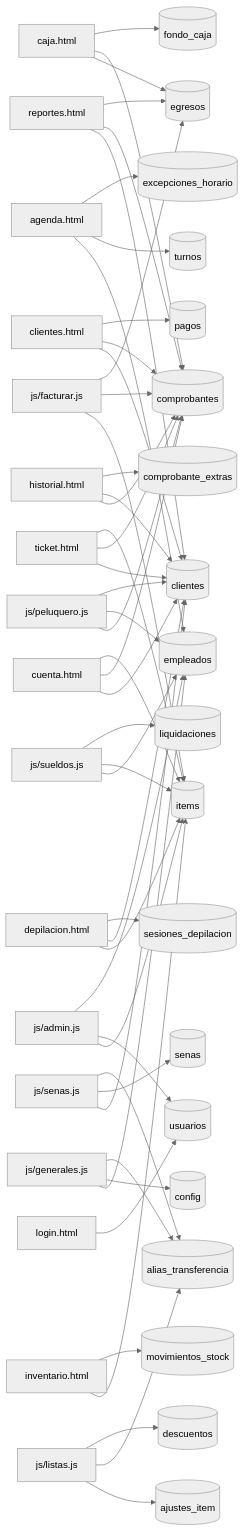
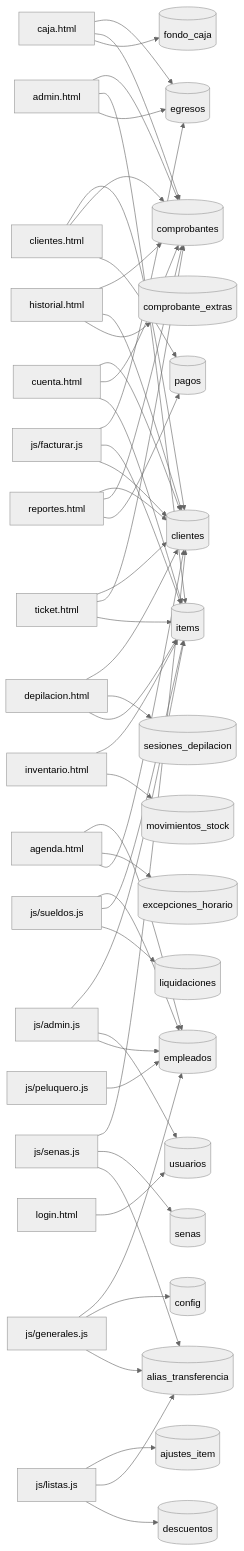
The second of 2 diagrams in ARQUITECTURA.md (nicovazzoler/salon_ivana), drawn with Mermaid (neutral theme) before and after one commit. The commit also changed other lines of this file and 1 other file, not shown here.

````diff
--- a/ARQUITECTURA.md
+++ b/ARQUITECTURA.md
@@ -28,21 +28,25 @@
 ```mermaid
 graph LR
+  Padminhtml["admin.html"]
+  Tcomprobantes[("comprobantes")]
+  Padminhtml --> Tcomprobantes
+  Titems[("items")]
+  Padminhtml --> Titems
+  Tegresos[("egresos")]
+  Padminhtml --> Tegresos
   Pagendahtml["agenda.html"]
   Templeados[("empleados")]
   Pagendahtml --> Templeados
-  Tturnos[("turnos")]
-  Pagendahtml --> Tturnos
   Texcepcionesh[("excepciones_horario")]
   Pagendahtml --> Texcepcionesh
+  Tclientes[("clientes")]
+  Pagendahtml --> Tclientes
   Pcajahtml["caja.html"]
-  Tegresos[("egresos")]
   Pcajahtml --> Tegresos
-  Tcomprobantes[("comprobantes")]
   Pcajahtml --> Tcomprobantes
   Tfondocaja[("fondo_caja")]
   Pcajahtml --> Tfondocaja
   Pclienteshtml["clientes.html"]
-  Tclientes[("clientes")]
   Pclienteshtml --> Tclientes
   Pclienteshtml --> Tcomprobantes
   Tpagos[("pagos")]
@@ -50,47 +54,44 @@
   Pcuentahtml["cuenta.html"]
   Pcuentahtml --> Tclientes
   Pcuentahtml --> Tcomprobantes
-  Titems[("items")]
   Pcuentahtml --> Titems
-  Pdepilacionht["depilacion.html"]
-  Pdepilacionht --> Titems
-  Pdepilacionht --> Tclientes
+  Pdepilacionhtml["depilacion.html"]
+  Pdepilacionhtml --> Tclientes
   Tsesionesdepi[("sesiones_depilacion")]
-  Pdepilacionht --> Tsesionesdepi
-  Phistorialhtm["historial.html"]
-  Phistorialhtm --> Tcomprobantes
-  Phistorialhtm --> Tclientes
+  Pdepilacionhtml --> Tsesionesdepi
+  Pdepilacionhtml --> Titems
+  Phistorialhtml["historial.html"]
+  Phistorialhtml --> Tcomprobantes
+  Phistorialhtml --> Tclientes
   Tcomprobantee[("comprobante_extras")]
-  Phistorialhtm --> Tcomprobantee
-  Pinventarioht["inventario.html"]
-  Pinventarioht --> Titems
+  Phistorialhtml --> Tcomprobantee
+  Pinventariohtml["inventario.html"]
+  Pinventariohtml --> Titems
   Tmovimientoss[("movimientos_stock")]
-  Pinventarioht --> Tmovimientoss
+  Pinventariohtml --> Tmovimientoss
   Pjsadminjs["js/admin.js"]
   Pjsadminjs --> Titems
   Tusuarios[("usuarios")]
   Pjsadminjs --> Tusuarios
   Pjsadminjs --> Templeados
   Pjsfacturarjs["js/facturar.js"]
+  Pjsfacturarjs --> Tegresos
   Pjsfacturarjs --> Titems
-  Pjsfacturarjs --> Tcomprobantes
-  Pjsfacturarjs --> Tegresos
-  Pjsgeneralesj["js/generales.js"]
-  Pjsgeneralesj --> Templeados
+  Pjsfacturarjs --> Tclientes
+  Pjsgeneralesjs["js/generales.js"]
+  Pjsgeneralesjs --> Templeados
   Tconfig[("config")]
-  Pjsgeneralesj --> Tconfig
+  Pjsgeneralesjs --> Tconfig
   Taliastransfe[("alias_transferencia")]
-  Pjsgeneralesj --> Taliastransfe
+  Pjsgeneralesjs --> Taliastransfe
   Pjslistasjs["js/listas.js"]
   Tajustesitem[("ajustes_item")]
   Pjslistasjs --> Tajustesitem
   Pjslistasjs --> Taliastransfe
   Tdescuentos[("descuentos")]
   Pjslistasjs --> Tdescuentos
-  Pjspeluqueroj["js/peluquero.js"]
-  Pjspeluqueroj --> Tcomprobantes
-  Pjspeluqueroj --> Templeados
-  Pjspeluqueroj --> Tclientes
+  Pjspeluquerojs["js/peluquero.js"]
+  Pjspeluquerojs --> Templeados
   Pjssenasjs["js/senas.js"]
   Pjssenasjs --> Tclientes
   Tsenas[("senas")]
@@ -106,7 +107,7 @@
   Preporteshtml["reportes.html"]
   Preporteshtml --> Tclientes
   Preporteshtml --> Tcomprobantes
-  Preporteshtml --> Tegresos
+  Preporteshtml --> Tpagos
   Ptickethtml["ticket.html"]
   Ptickethtml --> Tclientes
   Ptickethtml --> Tcomprobantes
````
